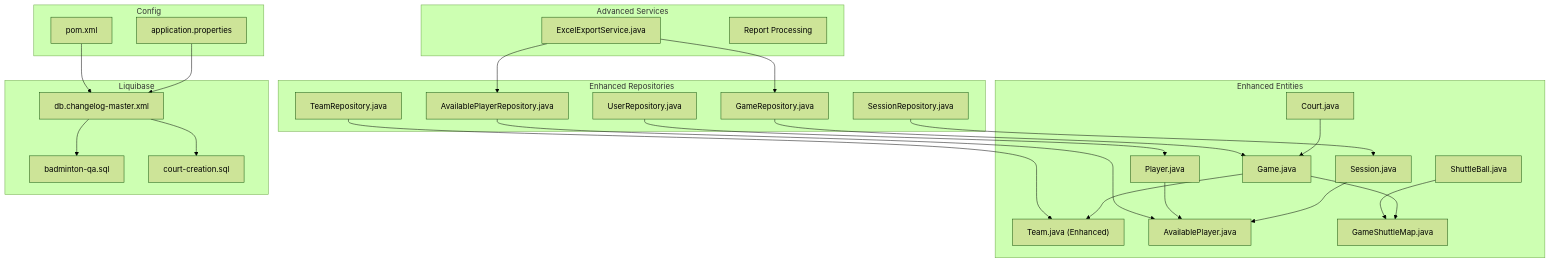
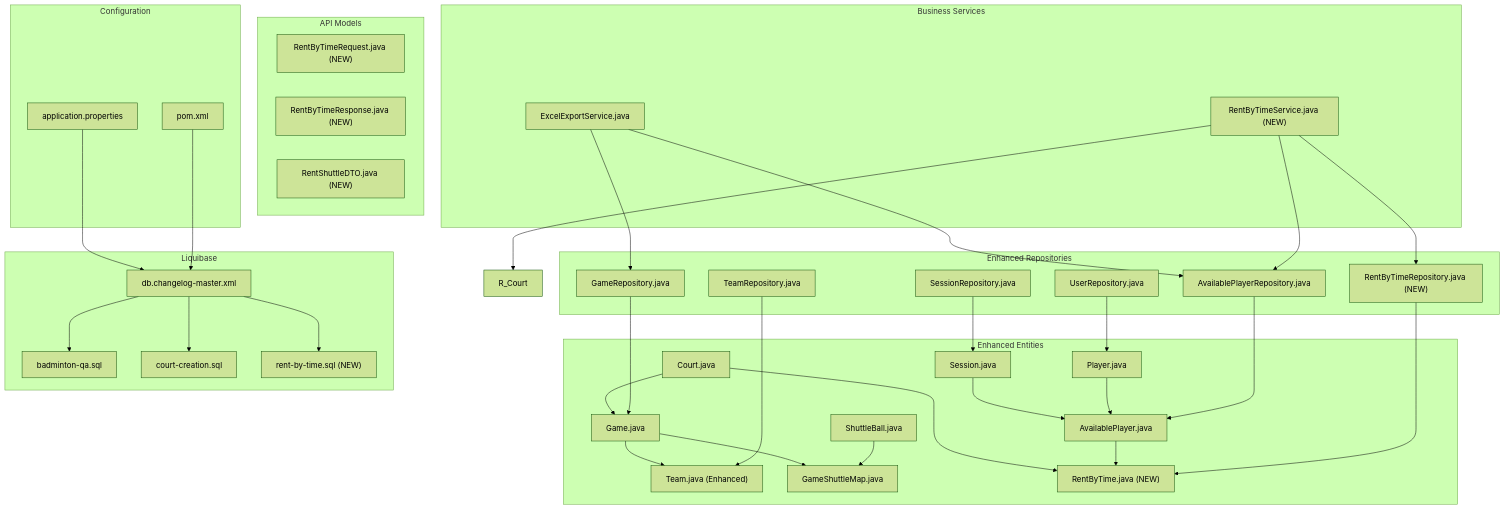
The first of 12 diagrams in .qoder/repowiki/en/content/Data Management & Persistence.md (Vissel/badminton-court-management), drawn with Mermaid (forest theme) before and after one commit. The commit also changed other lines of this file and 11 other files, not shown here.

````diff
--- a/.qoder/repowiki/en/content/Data Management & Persistence.md
+++ b/.qoder/repowiki/en/content/Data Management & Persistence.md
@@ -65,50 +80,65 @@
 ```mermaid
 graph TB
 subgraph "Enhanced Entities"
 E_Session["Session.java"]
 E_Game["Game.java"]
 E_Player["Player.java"]
 E_Team["Team.java (Enhanced)"]
 E_Court["Court.java"]
 E_Shuttle["ShuttleBall.java"]
 E_Avail["AvailablePlayer.java"]
 E_Map["GameShuttleMap.java"]
+E_Rent["RentByTime.java (NEW)"]
 end
 subgraph "Enhanced Repositories"
 R_Session["SessionRepository.java"]
 R_Game["GameRepository.java"]
 R_Avail["AvailablePlayerRepository.java"]
 R_Team["TeamRepository.java"]
 R_User["UserRepository.java"]
+R_Rent["RentByTimeRepository.java (NEW)"]
 end
-subgraph "Advanced Services"
+subgraph "Business Services"
 S_Export["ExcelExportService.java"]
-S_Report["Report Processing"]
+S_Rent["RentByTimeService.java (NEW)"]
+end
+subgraph "API Models"
+M_Request["RentByTimeRequest.java (NEW)"]
+M_Response["RentByTimeResponse.java (NEW)"]
+M_DTO["RentShuttleDTO.java (NEW)"]
 end
 subgraph "Liquibase"
 L_Master["db.changelog-master.xml"]
 L_QA["badminton-qa.sql"]
 L_Courts["court-creation.sql"]
+L_Rent["rent-by-time.sql (NEW)"]
 end
-subgraph "Config"
+subgraph "Configuration"
 C_AppProps["application.properties"]
 C_Pom["pom.xml"]
 end
 E_Session --> E_Avail
 E_Player --> E_Avail
 E_Court --> E_Game
+E_Court --> E_Rent
 E_Game --> E_Team
 E_Game --> E_Map
 E_Shuttle --> E_Map
+E_Avail --> E_Rent
 R_Session --> E_Session
 R_Game --> E_Game
 R_Avail --> E_Avail
 R_Team --> E_Team
 R_User --> E_Player
+R_Rent --> E_Rent
 S_Export --> R_Avail
 S_Export --> R_Game
+S_Rent --> R_Rent
+S_Rent --> R_Avail
+S_Rent --> R_Court
 L_Master --> L_QA
 L_Master --> L_Courts
+L_Master --> L_Rent
 C_AppProps --> L_Master
 C_Pom --> L_Master
 ```
````
